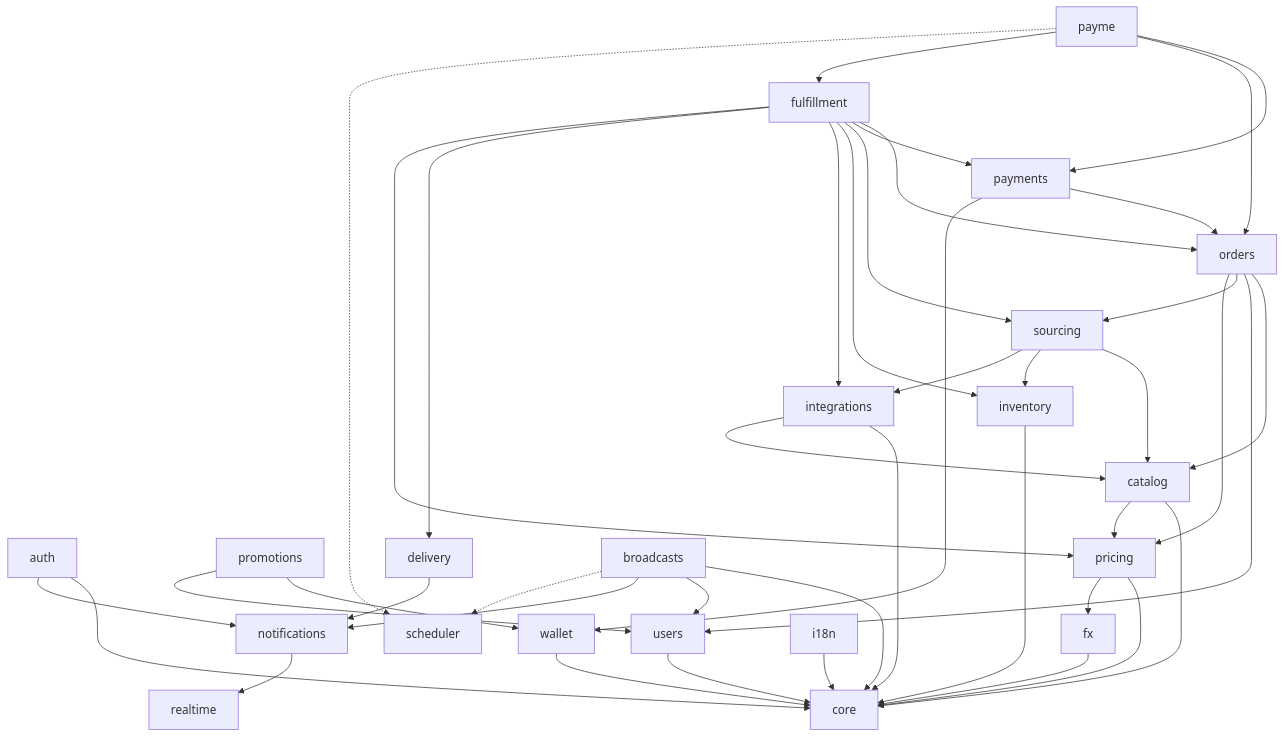
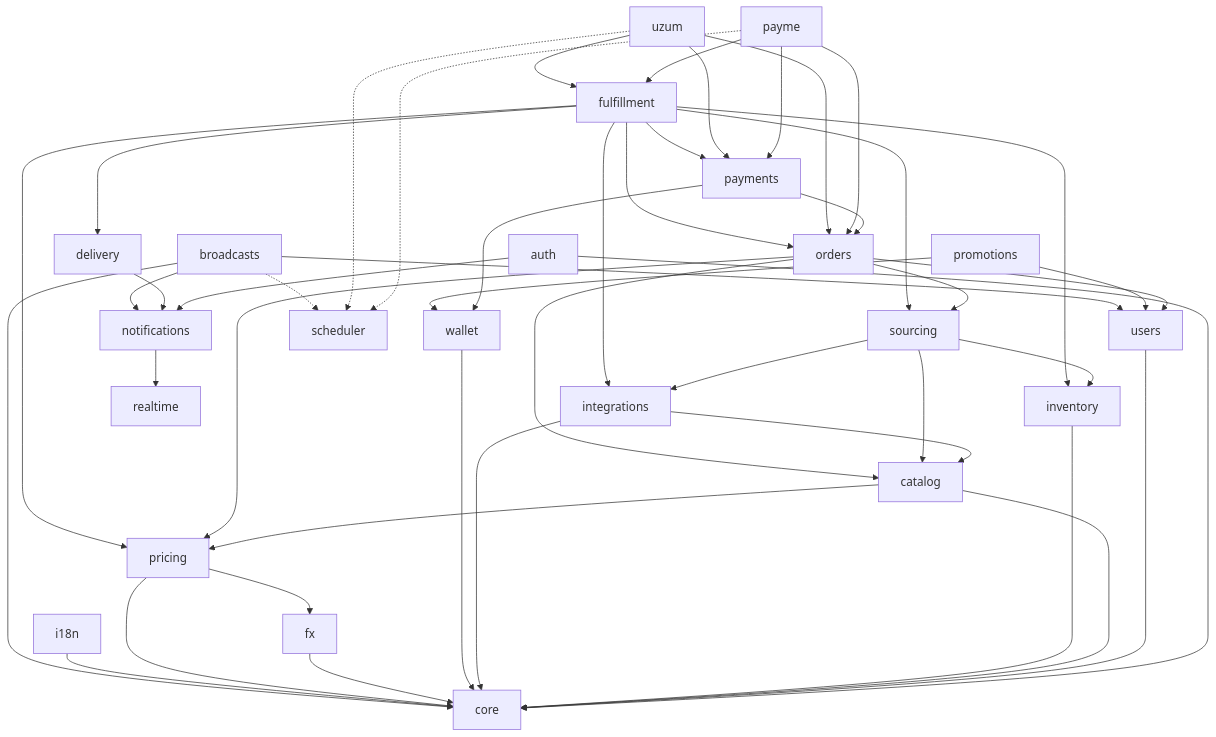
The diagram in docs/architecture/module-map.md (jamaomonov/yupay), drawn with Mermaid before and after one commit. The commit also changed other lines of this file and 4 other files, not shown here.

First line of the commit message:
docs(uzum): module readme, ADR-0035, runbook, sequence diagram, module map

````diff
--- a/docs/architecture/module-map.md
+++ b/docs/architecture/module-map.md
@@ -34,44 +35,48 @@
 ```mermaid
 flowchart TB
     auth --> core
     auth --> notifications
     users --> core
     catalog --> core
     inventory --> core
     integrations --> core
     integrations --> catalog
     sourcing --> catalog
     sourcing --> inventory
     sourcing --> integrations
     orders --> catalog
     orders --> users
     orders --> sourcing
     payments --> orders
     payments --> wallet
     payme --> payments
     payme --> orders
     payme --> fulfillment
     payme -.-> scheduler
+    uzum --> payments
+    uzum --> orders
+    uzum --> fulfillment
+    uzum -.-> scheduler
     wallet --> core
     promotions --> wallet
     promotions --> users
     fulfillment --> orders
     fulfillment --> payments
     fulfillment --> sourcing
     fulfillment --> inventory
     fulfillment --> integrations
     fulfillment --> delivery
     delivery --> notifications
     notifications --> realtime
     fx --> core
     pricing --> core
     pricing --> fx
     catalog --> pricing
     orders --> pricing
     fulfillment --> pricing
     i18n --> core
     broadcasts --> core
     broadcasts --> users
     broadcasts --> notifications
     broadcasts -.-> scheduler
 ```
````
